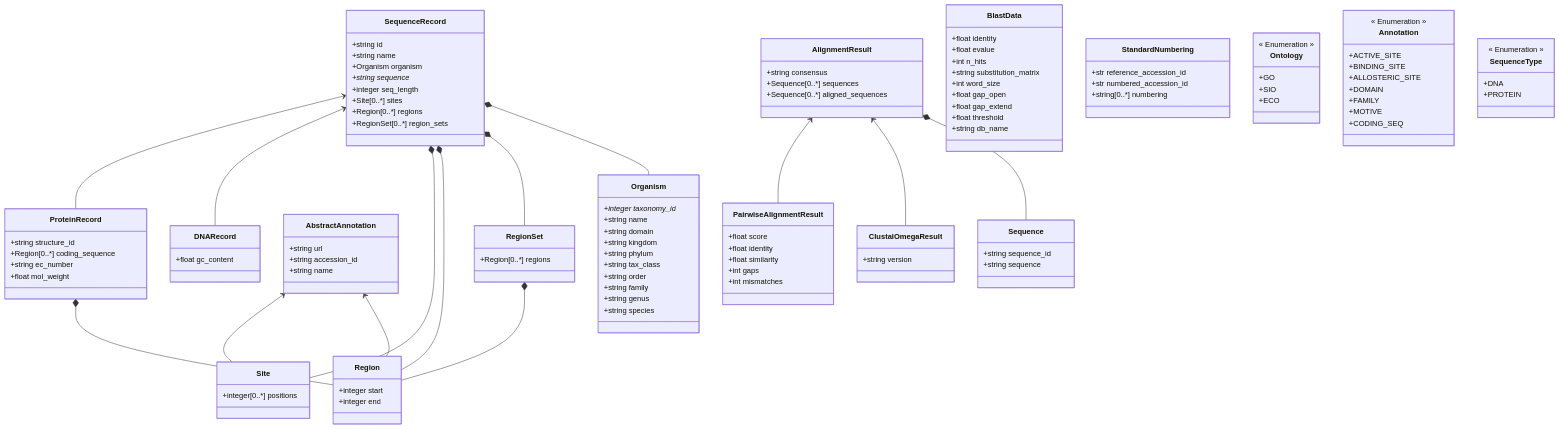
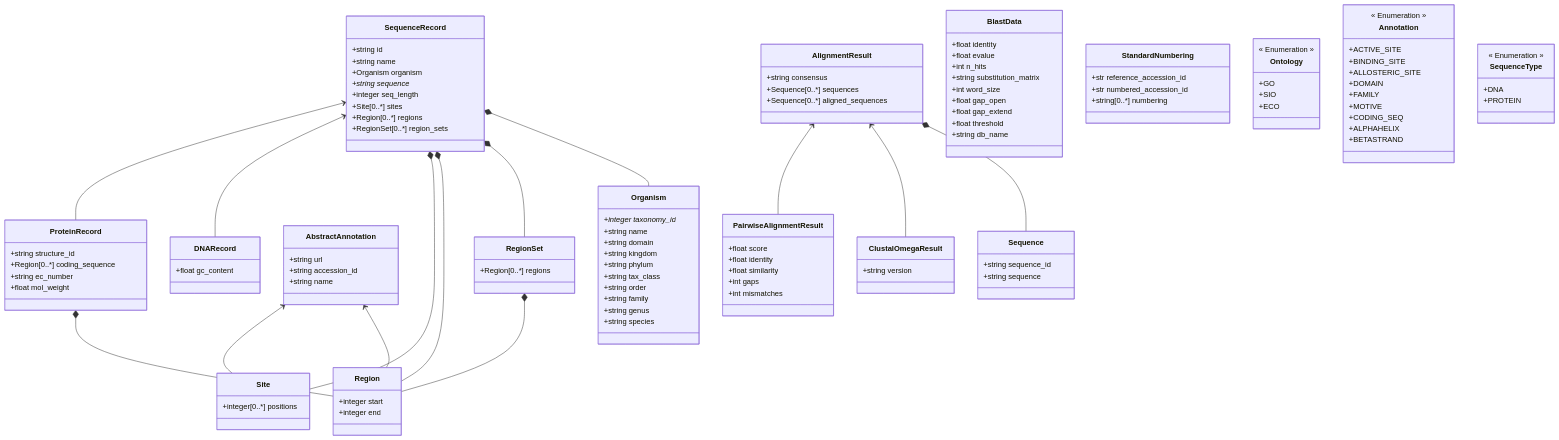
One commit to PyEED/pyeed changed the diagram in pyeed/schemes/pyeed_schema.md. Above: the diagram before and after it, drawn with Mermaid. The commit also changed 14 other files, not shown here.

```diff
--- a/pyeed/schemes/pyeed_schema.md
+++ b/pyeed/schemes/pyeed_schema.md
@@ -125,6 +125,8 @@
         +FAMILY
         +MOTIVE
         +CODING_SEQ
+        +ALPHAHELIX
+        +BETASTRAND
     }
     
     class SequenceType {
```
